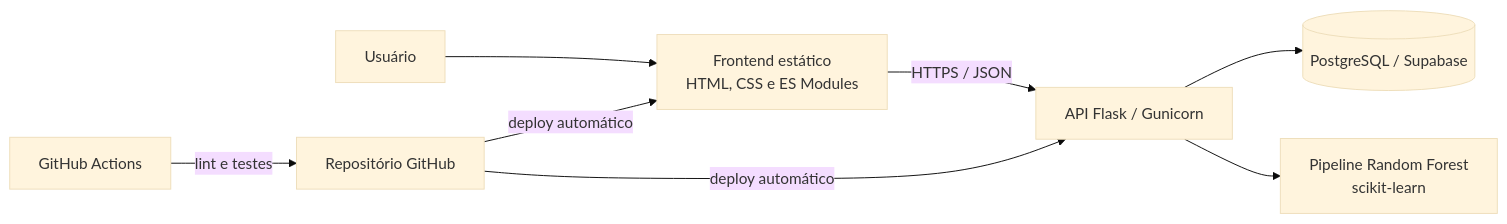
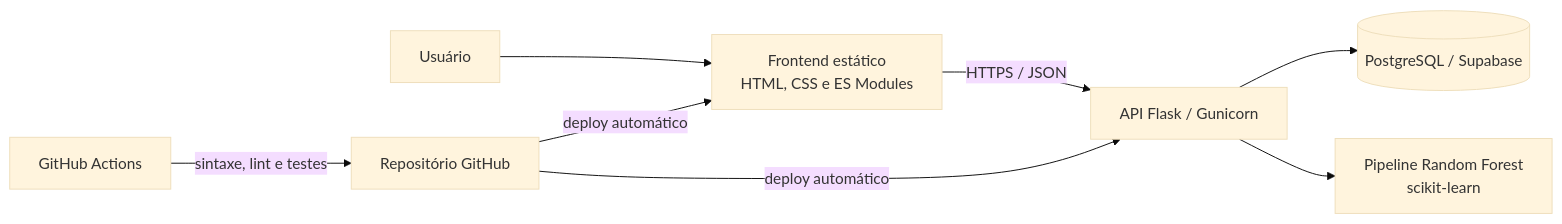
The diagram in README.md (Riclacper/data-Science-Dashboard), drawn with Mermaid (base theme) before and after one commit. The commit also changed other lines of this file, not shown here.

````diff
--- a/README.md
+++ b/README.md
@@ -35,10 +37,10 @@
 ```mermaid
 flowchart LR
     U[Usuário] --> F[Frontend estático<br/>HTML, CSS e ES Modules]
     F -->|HTTPS / JSON| A[API Flask / Gunicorn]
     A --> D[(PostgreSQL / Supabase)]
     A --> M[Pipeline Random Forest<br/>scikit-learn]
-    G[GitHub Actions] -->|lint e testes| R[Repositório GitHub]
+    G[GitHub Actions] -->|sintaxe, lint e testes| R[Repositório GitHub]
     R -->|deploy automático| F
     R -->|deploy automático| A
 ```
````
